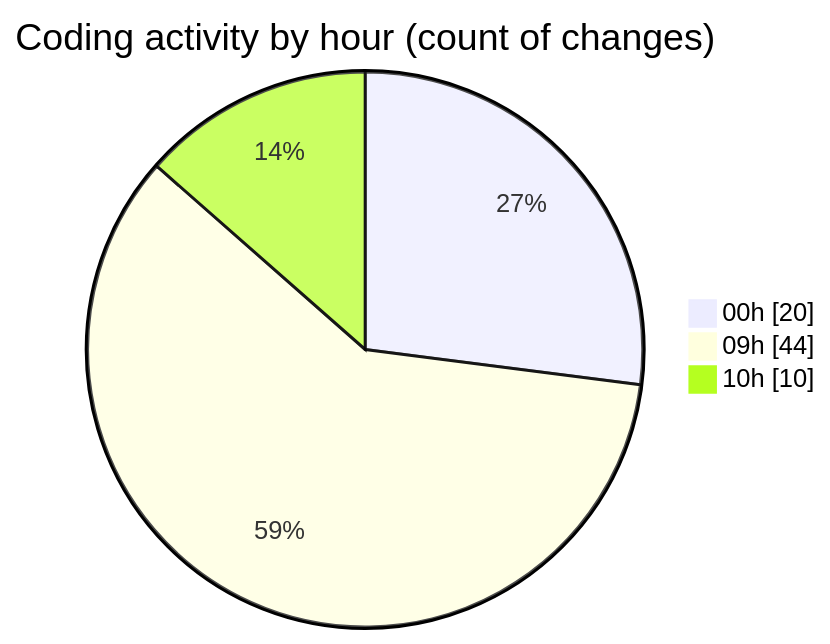
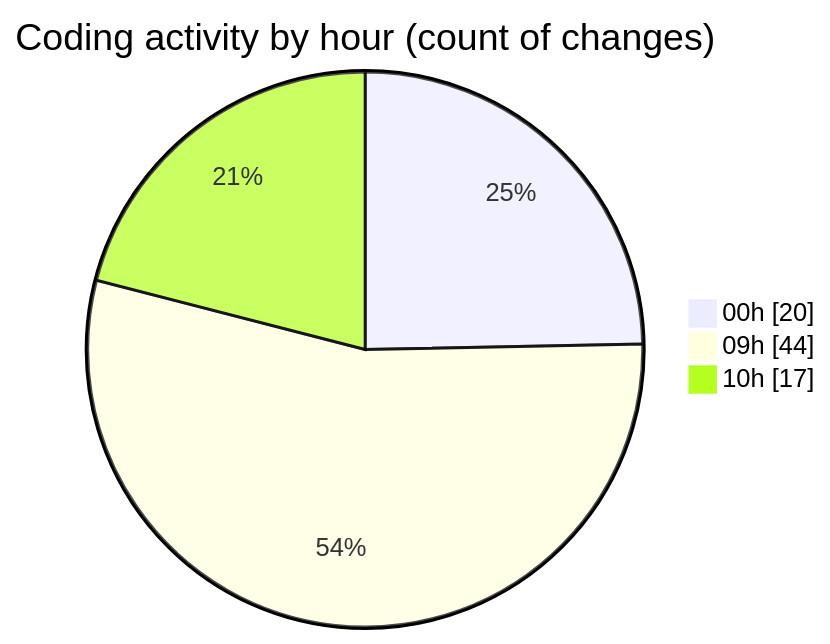
One commit to momahboobian/code-tracking changed the second of 2 diagrams in 2025-03-19/cda/README.md. Above: the diagram before and after it, drawn with Mermaid. The commit also changed other lines of this file and 1 other file, not shown here.

````diff
--- a/2025-03-19/cda/README.md
+++ b/2025-03-19/cda/README.md
@@ -32,7 +32,7 @@
 ```mermaid
 pie showData
 title Coding activity by hour (count of changes)
 "00h" : 20
 "09h" : 44
-"10h" : 10
+"10h" : 17
 ```
````
